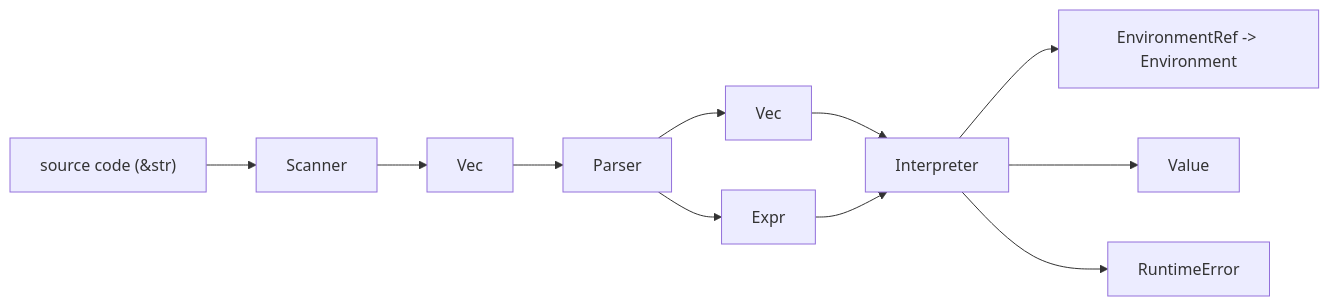
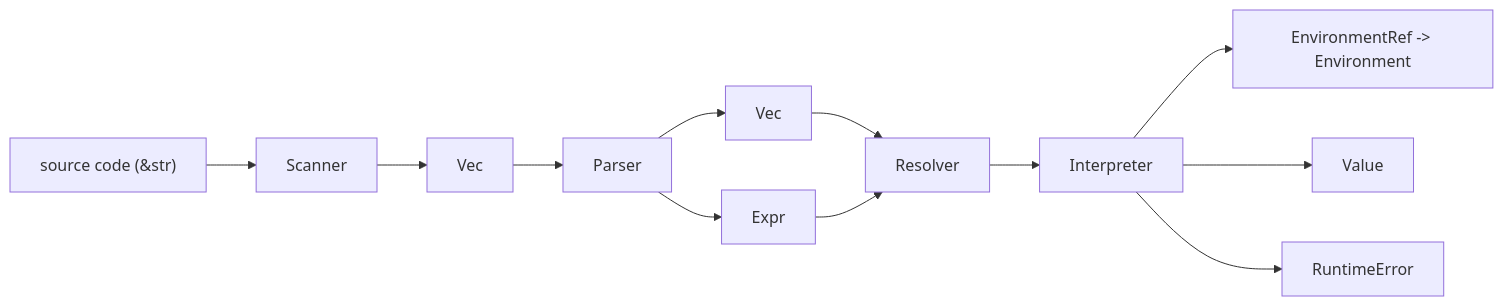
The first of 2 diagrams in ARCHITECTURE.md (qingyu21/oxidized-lox), drawn with Mermaid before and after one commit. The commit also changed other lines of this file and 8 other files, not shown here.

````diff
--- a/ARCHITECTURE.md
+++ b/ARCHITECTURE.md
@@ -8,22 +8,21 @@
 ```mermaid
 flowchart LR
     Source["source code (&str)"]
     Scanner["Scanner"]
     Tokens["Vec<Token>"]
     Parser["Parser"]
     Program["Vec<Stmt>"]
     ReplExpr["Expr"]
+    Resolver["Resolver"]
     Interpreter["Interpreter"]
     Env["EnvironmentRef -> Environment"]
     Value["Value"]
     RuntimeError["RuntimeError"]
 
     Source --> Scanner --> Tokens --> Parser
-    Parser --> Program
-    Parser --> ReplExpr
-    Program --> Interpreter
-    ReplExpr --> Interpreter
+    Parser --> Program --> Resolver --> Interpreter
+    Parser --> ReplExpr --> Resolver
     Interpreter --> Env
     Interpreter --> Value
     Interpreter --> RuntimeError
 ```
````
